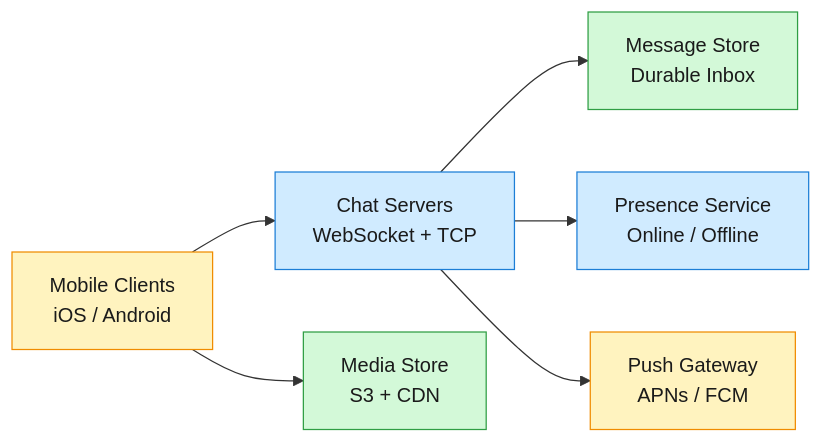
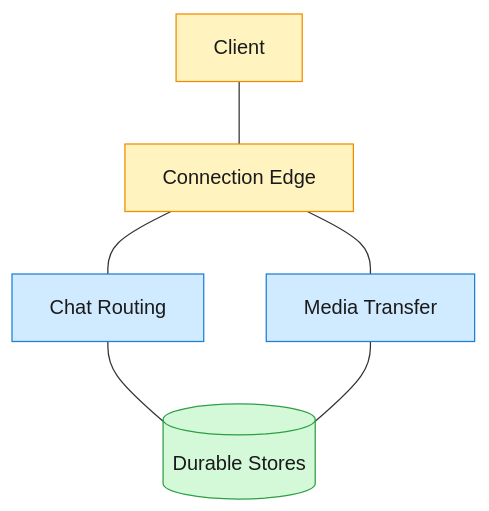
Before and after one commit to iliazlobin/iliazlobin.github.io: the first of 2 diagrams in _posts/2026-06-30-system-design-whatsapp.md, drawn with Mermaid. The commit also changed other lines of this file and 45 other files, not shown here.

First line of the commit message:
Republish all posts from Notion: fix mermaid errors, drop §7 Trade-offs (#88)

````diff
--- a/_posts/2026-06-30-system-design-whatsapp.md
+++ b/_posts/2026-06-30-system-design-whatsapp.md
@@ -18,14 +18,16 @@
 ```mermaid
-graph LR
-    A[Mobile Clients<br/>iOS / Android] --> B[Chat Servers<br/>WebSocket + TCP]
-    B --> C[Message Store<br/>Durable Inbox]
-    A --> D[Media Store<br/>S3 + CDN]
-    B --> E[Presence Service<br/>Online / Offline]
-    B --> F[Push Gateway<br/>APNs / FCM]
+graph TB
+    Client[Client] --- Edge[Connection Edge]
+    Edge --- Chat[Chat Routing]
+    Edge --- Media[Media Transfer]
+    Chat --- Stores[(Durable Stores)]
+    Media --- Stores
+
     classDef edge fill:#fff3bf,stroke:#f08c00,color:#1a1a1a;
     classDef svc fill:#d0ebff,stroke:#1c7ed6,color:#1a1a1a;
     classDef store fill:#d3f9d8,stroke:#2f9e44,color:#1a1a1a;
-    class A,F edge;
-    class B,E svc;
-    class C,D store;
+    class Edge edge;
+    class Chat,Media svc;
+    class Stores store;
+    class Client edge
 ```
````
